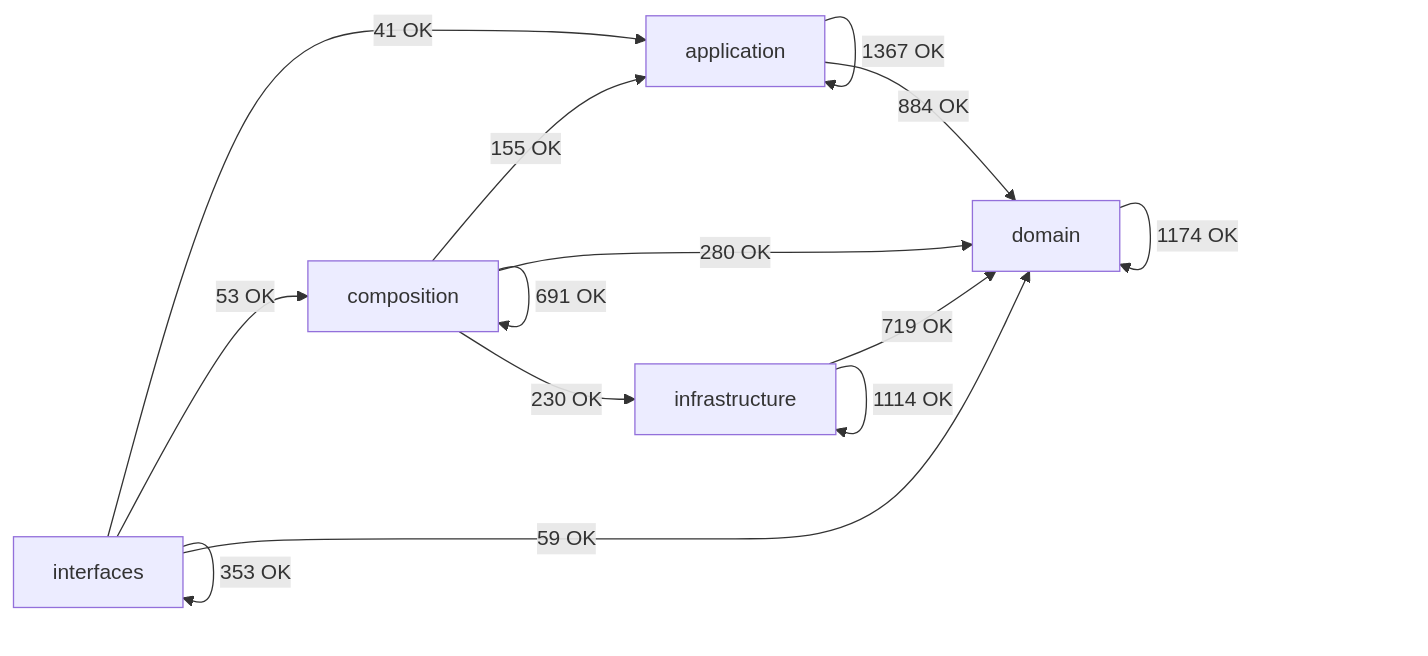
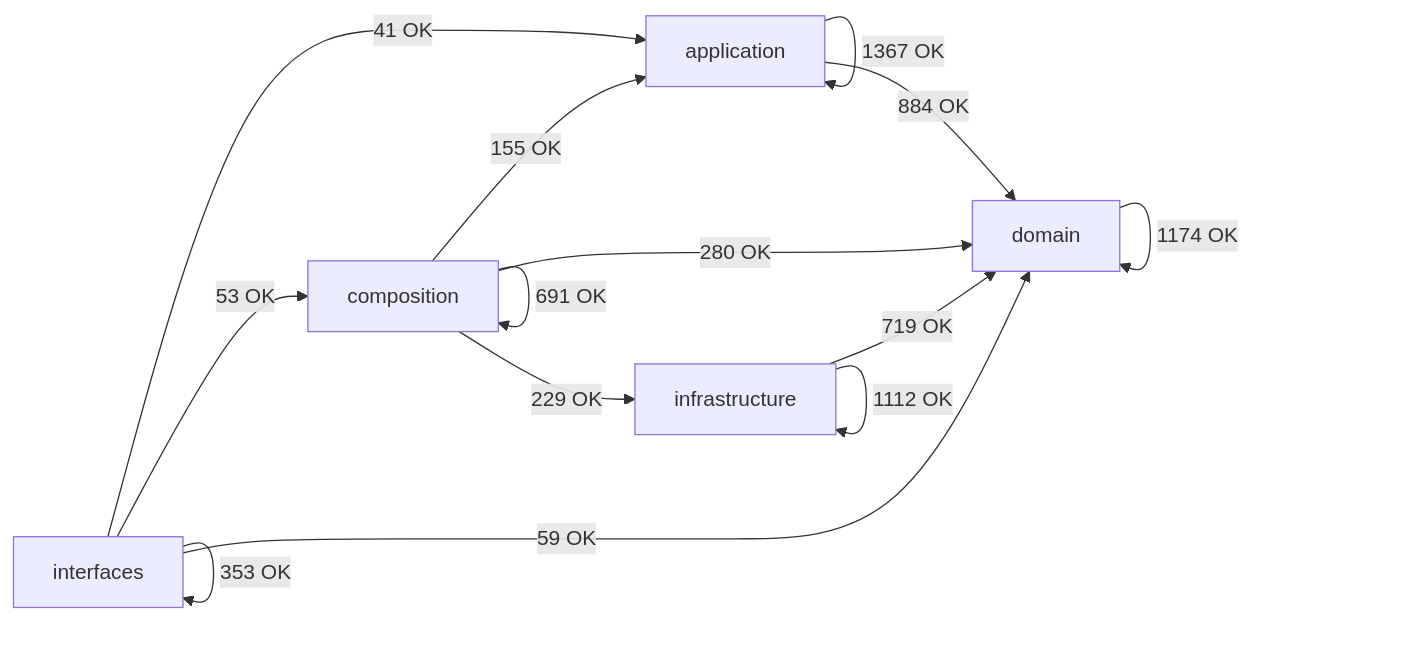
One commit to SatoryKono/BioactivityDataAcquisition changed the diagram in docs/02-architecture/generated/module-dependency-map.md. Above: the diagram before and after it, drawn with Mermaid. The commit also changed other lines of this file and 15 other files, not shown here.

````diff
--- a/docs/02-architecture/generated/module-dependency-map.md
+++ b/docs/02-architecture/generated/module-dependency-map.md
@@ -17,21 +17,21 @@
 ```mermaid
 flowchart LR
     domain[domain]
     application[application]
     infrastructure[infrastructure]
     composition[composition]
     interfaces[interfaces]
     application -->|1367 OK| application
     application -->|884 OK| domain
     composition -->|155 OK| application
     composition -->|691 OK| composition
     composition -->|280 OK| domain
-    composition -->|230 OK| infrastructure
+    composition -->|229 OK| infrastructure
     domain -->|1174 OK| domain
     infrastructure -->|719 OK| domain
-    infrastructure -->|1114 OK| infrastructure
+    infrastructure -->|1112 OK| infrastructure
     interfaces -->|41 OK| application
     interfaces -->|53 OK| composition
     interfaces -->|59 OK| domain
     interfaces -->|353 OK| interfaces
 ```
````
